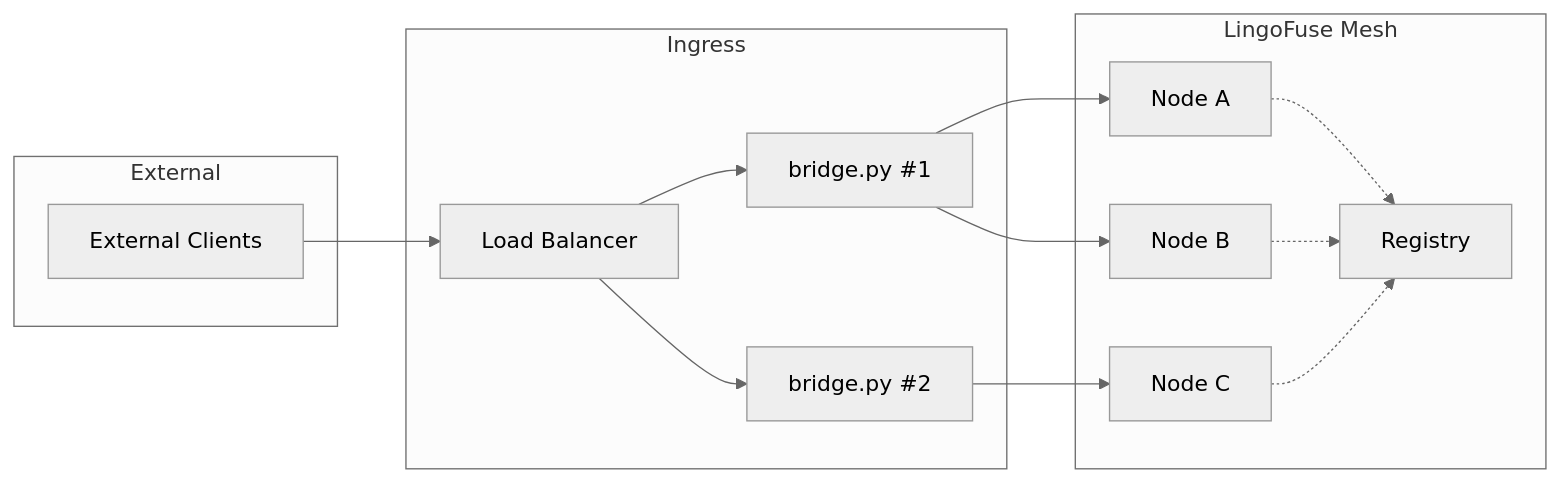
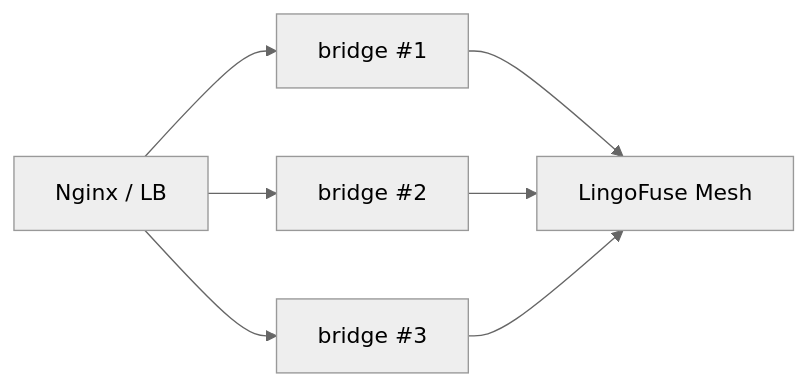
Before and after one commit to PassByYou888/LingoFuse: the sixth of 17 diagrams in Py/lingofuse/Bridge_User_Guide.md, drawn with Mermaid (neutral theme). The commit also changed other lines of this file and 57 other files, not shown here.

````diff
--- a/Py/lingofuse/Bridge_User_Guide.md
+++ b/Py/lingofuse/Bridge_User_Guide.md
@@ -107,29 +180,9 @@
 ```mermaid
-graph LR
-    subgraph External
-        EXT[External Clients]
-    end
-
-    subgraph Ingress
-        LB[Load Balancer]
-        G1[bridge.py #1]
-        G2[bridge.py #2]
-    end
-
-    subgraph Mesh[LingoFuse Mesh]
-        S1[Node A]
-        S2[Node B]
-        S3[Node C]
-        REG[Registry]
-    end
-
-    EXT --> LB
-    LB --> G1
-    LB --> G2
-    G1 --> S1
-    G1 --> S2
-    G2 --> S3
-    S1 -.-> REG
-    S2 -.-> REG
-    S3 -.-> REG
+flowchart LR
+    LB["Nginx / LB"] --> M1["bridge #1"]
+    LB --> M2["bridge #2"]
+    LB --> M3["bridge #3"]
+    M1 --> Mesh["LingoFuse Mesh"]
+    M2 --> Mesh
+    M3 --> Mesh
 ```
````
